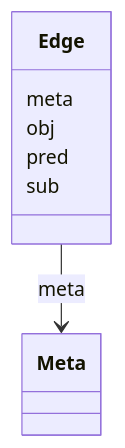
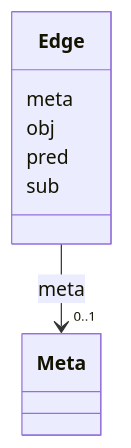
Before and after one commit to INCATools/ontology-access-kit: the diagram in obograph/Edge.md, drawn with Mermaid. The commit also changed other lines of this file and 3329 other files, not shown here.

````diff
--- a/obograph/Edge.md
+++ b/obograph/Edge.md
@@ -17,15 +19,21 @@
 ```{mermaid}
  classDiagram
     class Edge
+    click Edge href "../Edge"
       Edge : meta
         
-          Edge --> Meta : meta
+          
+    
+    
+    Edge --> "0..1" Meta : meta
+    click Meta href "../Meta"
+
         
       Edge : obj
         
       Edge : pred
         
       Edge : sub
         
       
 ```
````
